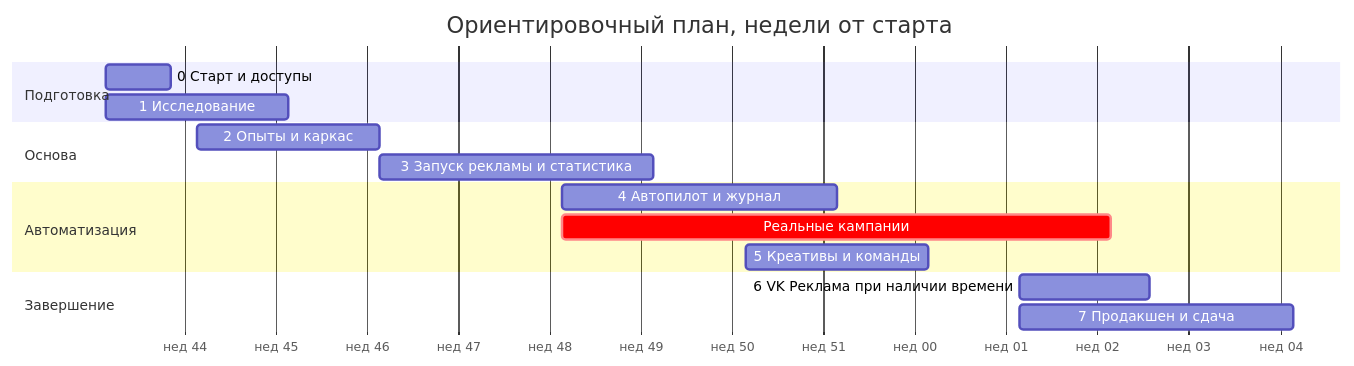
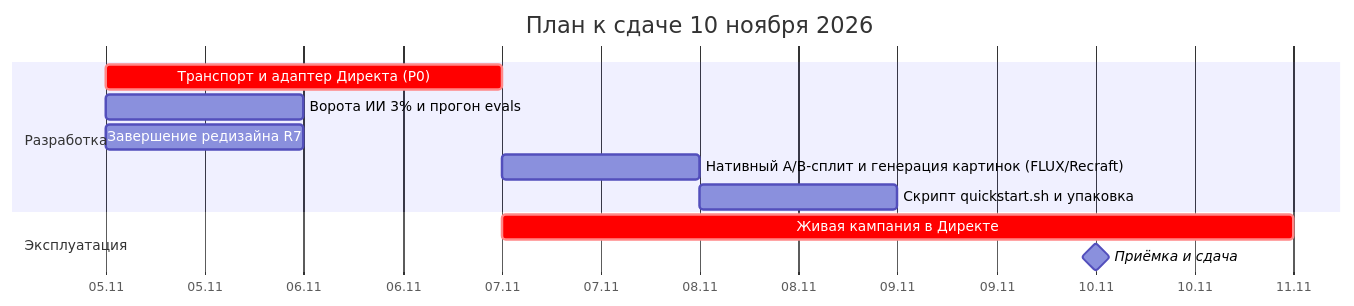
One commit to andreimelneichuk/Add-Helper changed the diagram in docs/06-delivery-plan.md. Above: the diagram before and after it, drawn with Mermaid. The commit also changed other lines of this file and 6 other files, not shown here.

Commit message:
docs: анализ проекта, финансовая модель и дорожная карта к сдаче 10 ноября

````diff
--- a/docs/06-delivery-plan.md
+++ b/docs/06-delivery-plan.md
@@ -5,19 +9,15 @@
 ```mermaid
 gantt
-  title Ориентировочный план, недели от старта
+  title План к сдаче 10 ноября 2026
   dateFormat  YYYY-MM-DD
-  axisFormat  нед %W
-  section Подготовка
-  0 Старт и доступы           :s0, 2026-11-02, 5d
-  1 Исследование              :s1, 2026-11-02, 14d
-  section Основа
-  2 Опыты и каркас            :s2, 2026-11-09, 14d
-  3 Запуск рекламы и статистика :s3, 2026-11-23, 21d
-  section Автоматизация
-  4 Автопилот и журнал        :s4, 2026-12-07, 21d
-  Реальные кампании           :crit, live, 2026-12-07, 42d
-  5 Креативы и команды        :s5, 2026-12-21, 14d
-  section Завершение
-  6 VK Реклама при наличии времени :s6, 2027-01-11, 10d
-  7 Продакшен и сдача         :s7, 2027-01-11, 21d
+  axisFormat  %d.%m
+  section Разработка
+  Транспорт и адаптер Директа (P0)      :crit, a1, 2026-11-05, 2d
+  Ворота ИИ 3% и прогон evals           :a2, 2026-11-05, 1d
+  Завершение редизайна R7               :a3, 2026-11-05, 1d
+  Нативный A/B-сплит и генерация картинок (FLUX/Recraft) :a4, 2026-11-07, 1d
+  Скрипт quickstart.sh и упаковка       :a5, 2026-11-08, 1d
+  section Эксплуатация
+  Живая кампания в Директе              :crit, live, 2026-11-07, 4d
+  Приёмка и сдача                       :milestone, 2026-11-10, 0d
 ```
````
